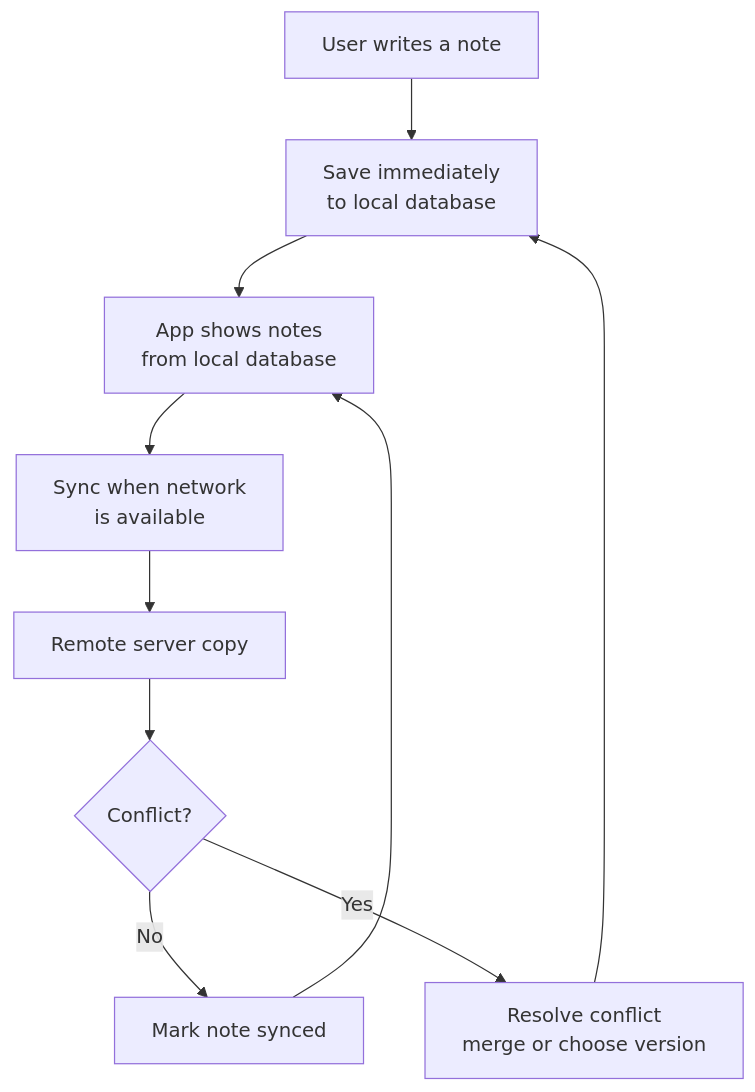
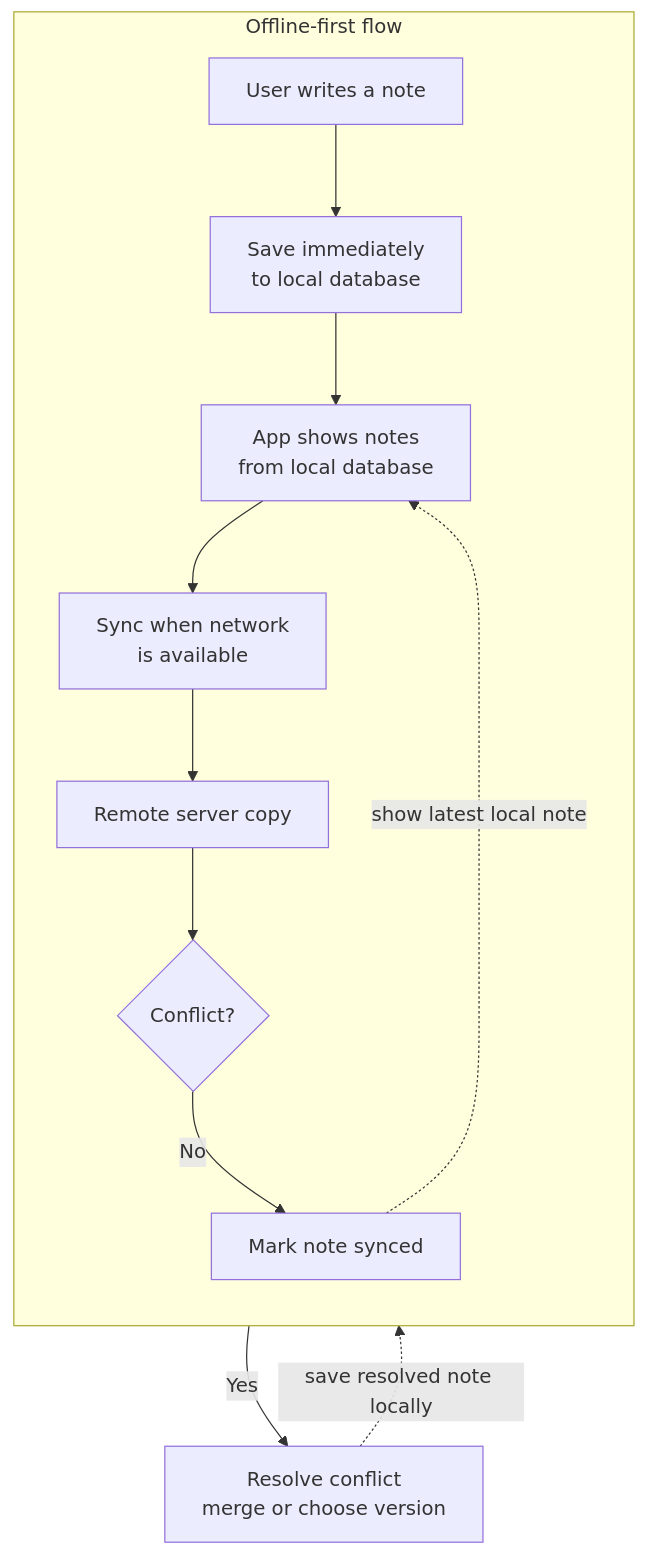
The diagram in README.md (venkata-ram/FieldNotes-OfflineFirstSystemDesign), drawn with Mermaid before and after one commit.

Commit message:
docs: center offline flow diagram

````diff
--- a/README.md
+++ b/README.md
@@ -30,21 +30,22 @@
 ```mermaid
 flowchart TB
-    A["User writes a note"]
-    B["Save immediately<br/>to local database"]
-    C["App shows notes<br/>from local database"]
-    D["Sync when network<br/>is available"]
-    E["Remote server copy"]
-    F{"Conflict?"}
+    subgraph Main["Offline-first flow"]
+        direction TB
+        A["User writes a note"]
+        B["Save immediately<br/>to local database"]
+        C["App shows notes<br/>from local database"]
+        D["Sync when network<br/>is available"]
+        E["Remote server copy"]
+        F{"Conflict?"}
+        H["Mark note synced"]
+
+        A --> B --> C --> D --> E --> F
+        F -->|No| H
+    end
+
     G["Resolve conflict<br/>merge or choose version"]
-    H["Mark note synced"]
 
-    A --> B
-    B --> C
-    C --> D
-    D --> E
-    E --> F
-    F -->|No| H
     F -->|Yes| G
-    G --> B
-    H --> C
+    G -.->|save resolved note locally| B
+    H -.->|show latest local note| C
 ```
````
